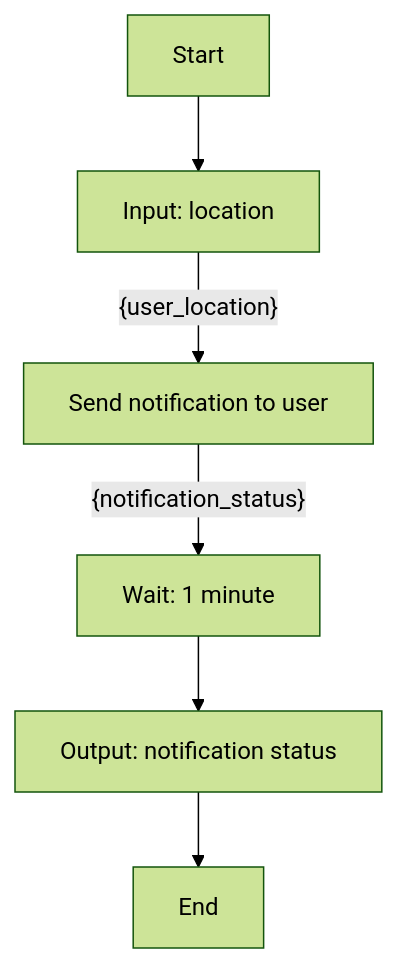
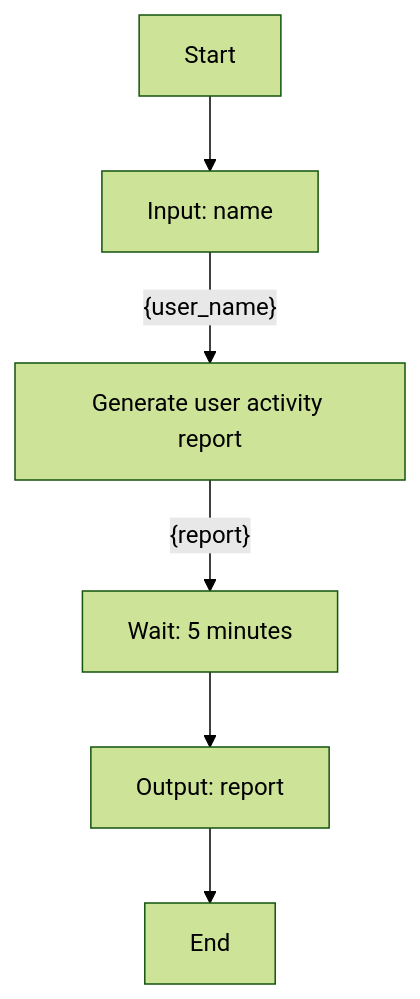
One commit to YJ-928/Temporal-Python-SDK changed the diagram in poc-dsl-compiler/input/workflows/workflow_6.md. Above: the diagram before and after it, drawn with Mermaid (forest theme). The commit also changed 29 other files, not shown here.

````diff
--- a/poc-dsl-compiler/input/workflows/workflow_6.md
+++ b/poc-dsl-compiler/input/workflows/workflow_6.md
@@ -1,8 +1,8 @@
 ```mermaid
 graph TD
-    A[Start] --> B[Input: location]
-    B[Input: location] -- {user_location} --> C[Send notification to user]
-    C[Send notification to user] -- {notification_status} --> D[Wait: 1 minute]
-    D[Wait: 1 minute] --> E[Output: notification status]
-    E[Output: notification status] --> F[End]
+    A[Start] --> B[Input: name]
+    B[Input: name] -- {user_name} --> C[Generate user activity report]
+    C[Generate user activity report] -- {report} --> D[Wait: 5 minutes]
+    D[Wait: 5 minutes] --> E[Output: report]
+    E[Output: report] --> F[End]
 ```
````
